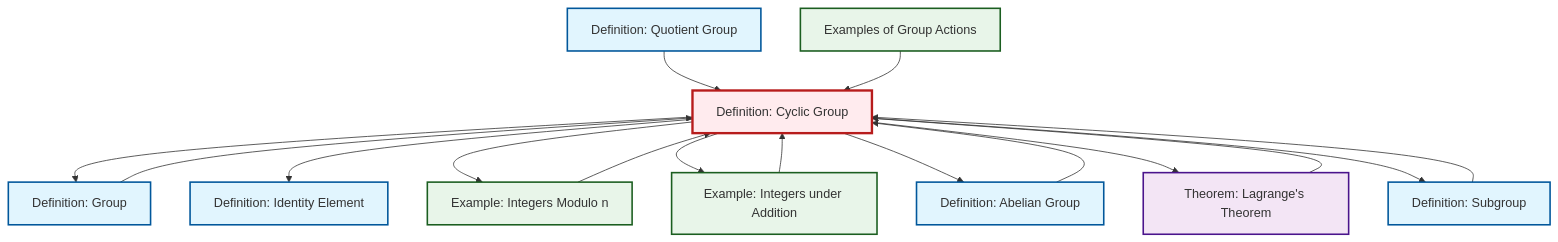
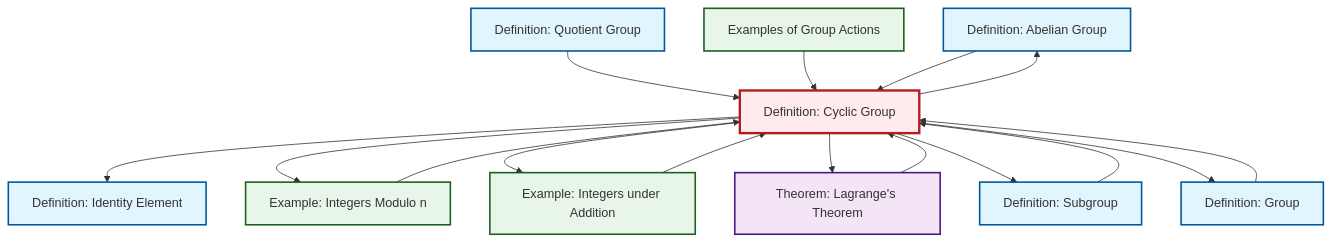
One commit to RK0429/ModernMath changed the diagram in output/mermaid/def-cyclic-group.mermaid. Above: the diagram before and after it, drawn with Mermaid. The commit also changed other lines of this file and 491 other files, not shown here.

```diff
--- a/output/mermaid/def-cyclic-group.mermaid
+++ b/output/mermaid/def-cyclic-group.mermaid
@@ -1,33 +1,33 @@
 %%| fig-cap: "Local dependency graph"
 graph TD
     classDef definition fill:#e1f5fe,stroke:#01579b,stroke-width:2px
     classDef theorem fill:#f3e5f5,stroke:#4a148c,stroke-width:2px
     classDef axiom fill:#fff3e0,stroke:#e65100,stroke-width:2px
     classDef example fill:#e8f5e9,stroke:#1b5e20,stroke-width:2px
     classDef current fill:#ffebee,stroke:#b71c1c,stroke-width:3px
+    def-abelian-group["Definition: Abelian Group"]:::definition
+    def-cyclic-group["Definition: Cyclic Group"]:::definition
     ex-group-action-examples["Examples of Group Actions"]:::example
+    def-subgroup["Definition: Subgroup"]:::definition
+    def-group["Definition: Group"]:::definition
     ex-integers-addition["Example: Integers under Addition"]:::example
-    def-group["Definition: Group"]:::definition
-    def-subgroup["Definition: Subgroup"]:::definition
-    def-cyclic-group["Definition: Cyclic Group"]:::definition
+    thm-lagrange["Theorem: Lagrange's Theorem"]:::theorem
+    def-quotient-group["Definition: Quotient Group"]:::definition
     def-identity-element["Definition: Identity Element"]:::definition
-    thm-lagrange["Theorem: Lagrange's Theorem"]:::theorem
-    def-abelian-group["Definition: Abelian Group"]:::definition
     ex-quotient-integers-mod-n["Example: Integers Modulo n"]:::example
-    def-quotient-group["Definition: Quotient Group"]:::definition
-    def-cyclic-group --> def-group
+    ex-quotient-integers-mod-n --> def-cyclic-group
+    thm-lagrange --> def-cyclic-group
+    def-quotient-group --> def-cyclic-group
     def-cyclic-group --> def-identity-element
-    def-cyclic-group --> ex-quotient-integers-mod-n
-    def-quotient-group --> def-cyclic-group
-    def-cyclic-group --> ex-integers-addition
-    def-cyclic-group --> def-abelian-group
-    def-cyclic-group --> thm-lagrange
     ex-group-action-examples --> def-cyclic-group
     ex-integers-addition --> def-cyclic-group
-    thm-lagrange --> def-cyclic-group
+    def-subgroup --> def-cyclic-group
+    def-cyclic-group --> ex-quotient-integers-mod-n
     def-group --> def-cyclic-group
-    ex-quotient-integers-mod-n --> def-cyclic-group
-    def-subgroup --> def-cyclic-group
+    def-cyclic-group --> ex-integers-addition
+    def-cyclic-group --> thm-lagrange
+    def-cyclic-group --> def-subgroup
+    def-cyclic-group --> def-group
     def-abelian-group --> def-cyclic-group
-    def-cyclic-group --> def-subgroup
+    def-cyclic-group --> def-abelian-group
     class def-cyclic-group current
```
